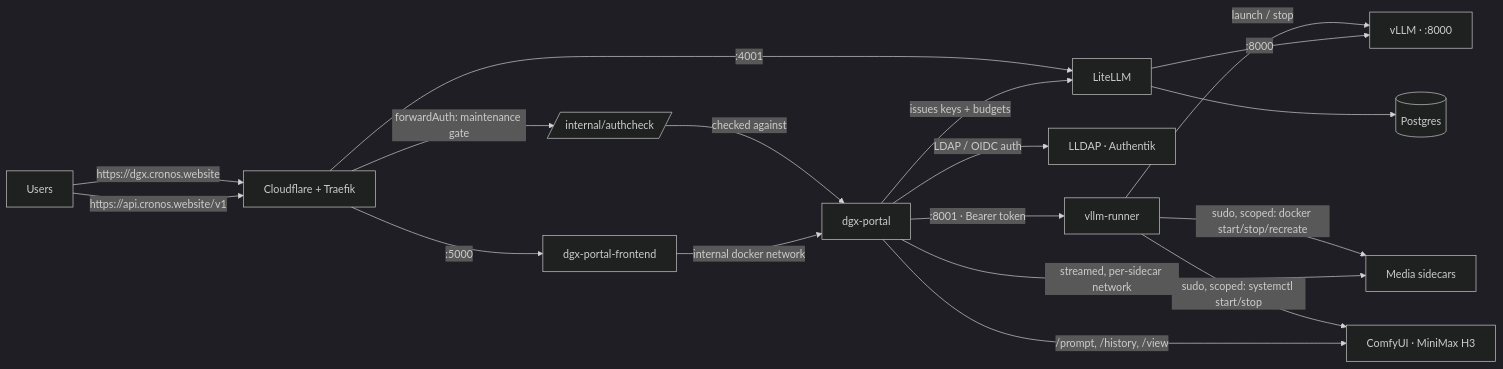
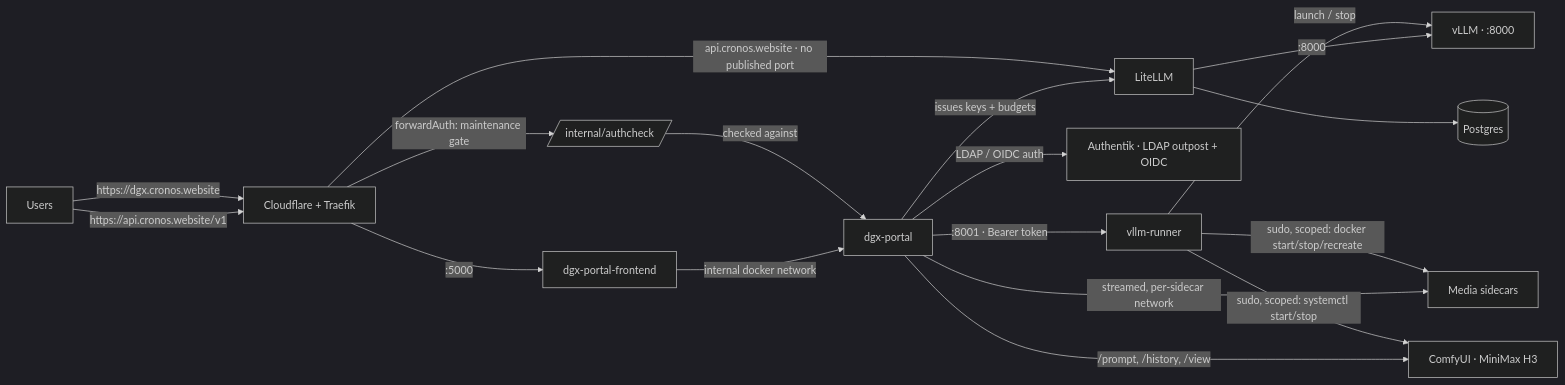
Before and after one commit to Sunderrrr/dgx-spark-llm-platform: the diagram in README.md, drawn with Mermaid (dark theme). The commit also changed other lines of this file and 2 other files, not shown here.

First line of the commit message:
docs: complete .env.example, drop the dead LLDAP name

````diff
--- a/README.md
+++ b/README.md
@@ -62,20 +62,20 @@
 ```mermaid
 flowchart LR
   U[Users] -->|https://dgx.cronos.website| CF[Cloudflare + Traefik]
   U -->|https://api.cronos.website/v1| CF
   CF -->|forwardAuth: maintenance gate| AC[/internal/authcheck/]
   AC -->|checked against| P
   CF -->|:5000| F[dgx-portal-frontend]
-  CF -->|:4001| L[LiteLLM]
+  CF -->|api.cronos.website · no published port| L[LiteLLM]
   F -->|internal docker network| P[dgx-portal]
-  P -->|LDAP / OIDC auth| IDP[LLDAP · Authentik]
+  P -->|LDAP / OIDC auth| IDP[Authentik · LDAP outpost + OIDC]
   P -->|issues keys + budgets| L
   P -->|:8001 · Bearer token| R[vllm-runner]
   R -->|launch / stop| V[vLLM · :8000]
   R -->|sudo, scoped: docker start/stop/recreate| S[Media sidecars]
   R -->|sudo, scoped: systemctl start/stop| CU[ComfyUI · MiniMax H3]
   L -->|:8000| V
   L --> PG[(Postgres)]
   P -->|streamed, per-sidecar network| S
   P -->|/prompt, /history, /view| CU
 ```
````
